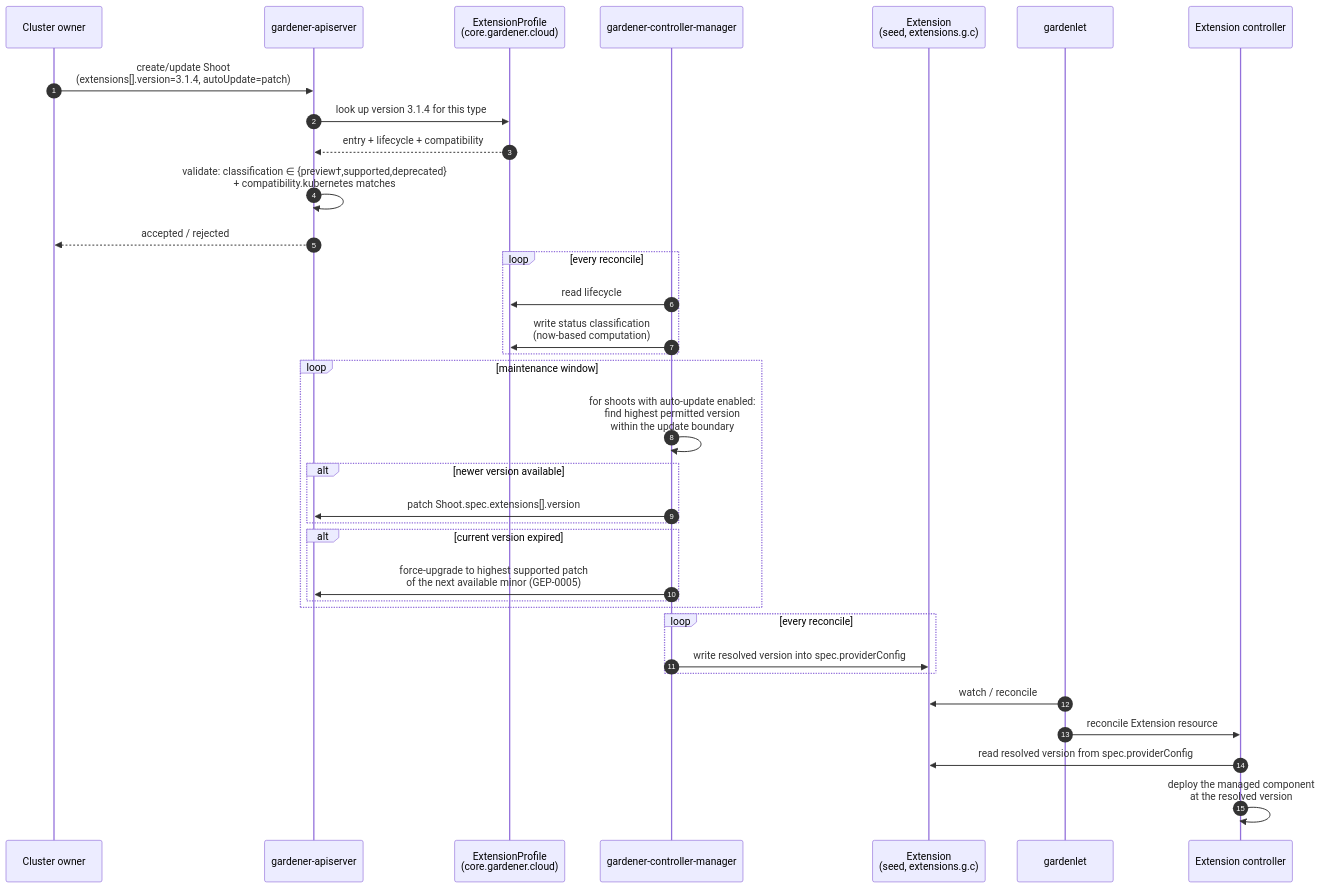
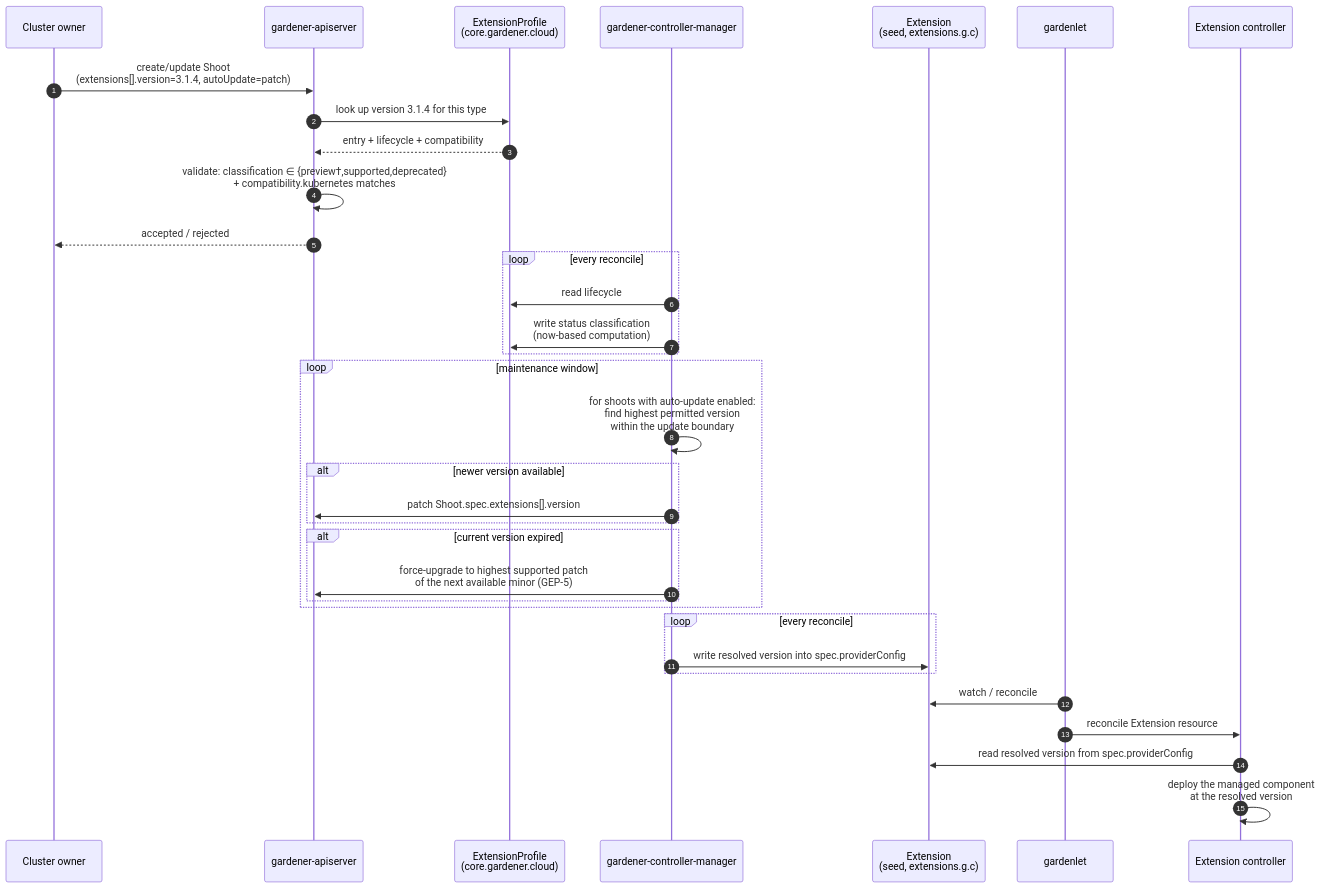
The third of 3 diagrams in geps/0078-extension-profile/README.md (DockToFuture/enhancements), drawn with Mermaid before and after one commit. The commit also changed other lines of this file and 2 other files, not shown here.

Commit message:
rename GEP links

````diff
--- a/geps/0078-extension-profile/README.md
+++ b/geps/0078-extension-profile/README.md
@@ -479,41 +479,41 @@
 ```mermaid
 sequenceDiagram
   autonumber
   participant Owner as Cluster owner
   participant API as gardener-apiserver
   participant CAT as ExtensionProfile<br/>(core.gardener.cloud)
   participant GCM as gardener-controller-manager
   participant SEED as Extension<br/>(seed, extensions.g.c)
   participant GL as gardenlet
   participant EXT as Extension controller
 
   Owner->>API: create/update Shoot<br/>(extensions[].version=3.1.4, autoUpdate=patch)
   API->>CAT: look up version 3.1.4 for this type
   CAT-->>API: entry + lifecycle + compatibility
   API->>API: validate: classification ∈ {preview†,supported,deprecated}<br/>+ compatibility.kubernetes matches
   API-->>Owner: accepted / rejected
 
   loop every reconcile
     GCM->>CAT: read lifecycle
     GCM->>CAT: write status classification<br/>(now-based computation)
   end
 
   loop maintenance window
     GCM->>GCM: for shoots with auto-update enabled:<br/>find highest permitted version<br/>within the update boundary
     alt newer version available
       GCM->>API: patch Shoot.spec.extensions[].version
     end
     alt current version expired
-      GCM->>API: force-upgrade to highest supported patch<br/>of the next available minor (GEP-0005)
+      GCM->>API: force-upgrade to highest supported patch<br/>of the next available minor (GEP-5)
     end
   end
 
   loop every reconcile
     GCM->>SEED: write resolved version into spec.providerConfig
   end
 
   GL->>SEED: watch / reconcile
   GL->>EXT: reconcile Extension resource
   EXT->>SEED: read resolved version from spec.providerConfig
   EXT->>EXT: deploy the managed component<br/>at the resolved version
 ```
````
